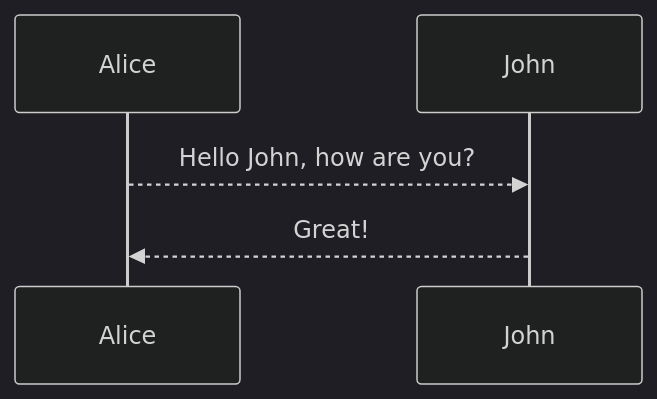
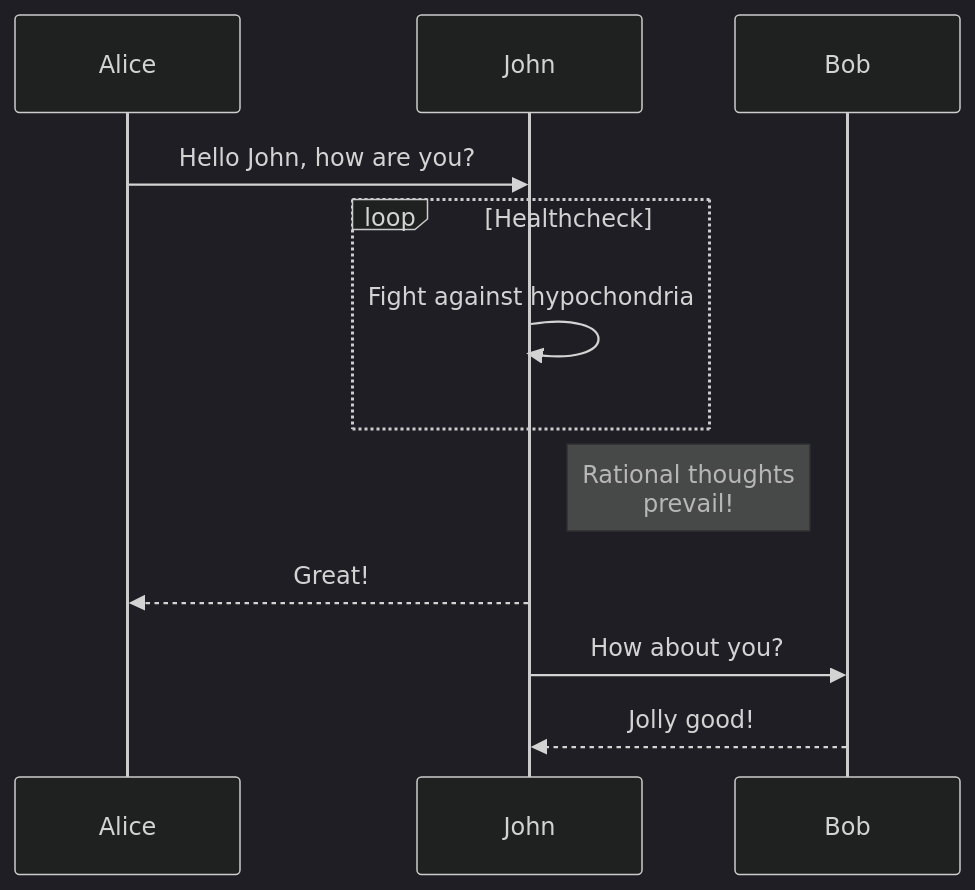
Before and after one commit to miaozhuojun/miaozhuojun.github.io: the third of 3 diagrams in _posts/2021-03-26-Hotspot-intrinsice.md, drawn with Mermaid (dark theme).

```diff
--- a/_posts/2021-03-26-Hotspot-intrinsice.md
+++ b/_posts/2021-03-26-Hotspot-intrinsice.md
@@ -445,5 +445,11 @@
 <div class="mermaid">
 sequenceDiagram
-    Alice-->>John: Hello John, how are you?
+    Alice->>John: Hello John, how are you?
+    loop Healthcheck
+        John->>John: Fight against hypochondria
+    end
+    Note right of John: Rational thoughts <br/>prevail!
     John-->>Alice: Great!
+    John->>Bob: How about you?
+    Bob-->>John: Jolly good!
 </div>
```
